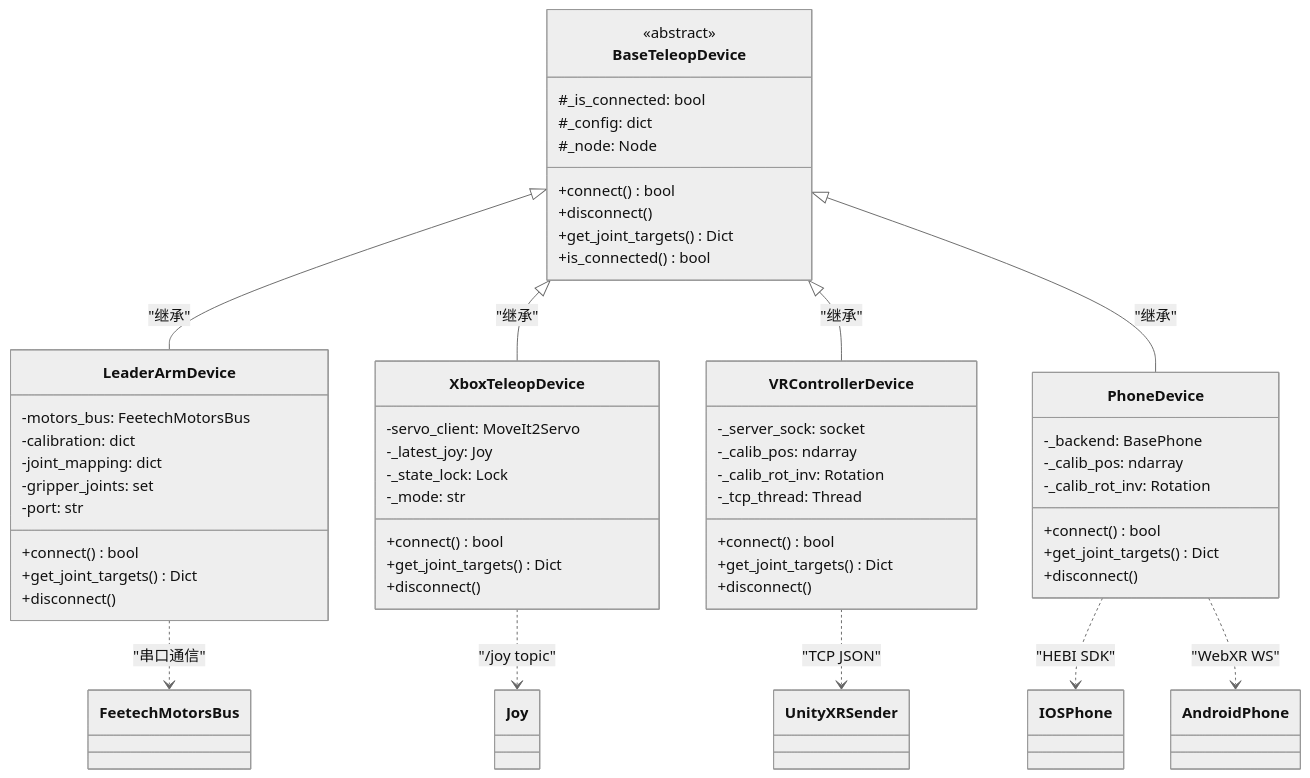
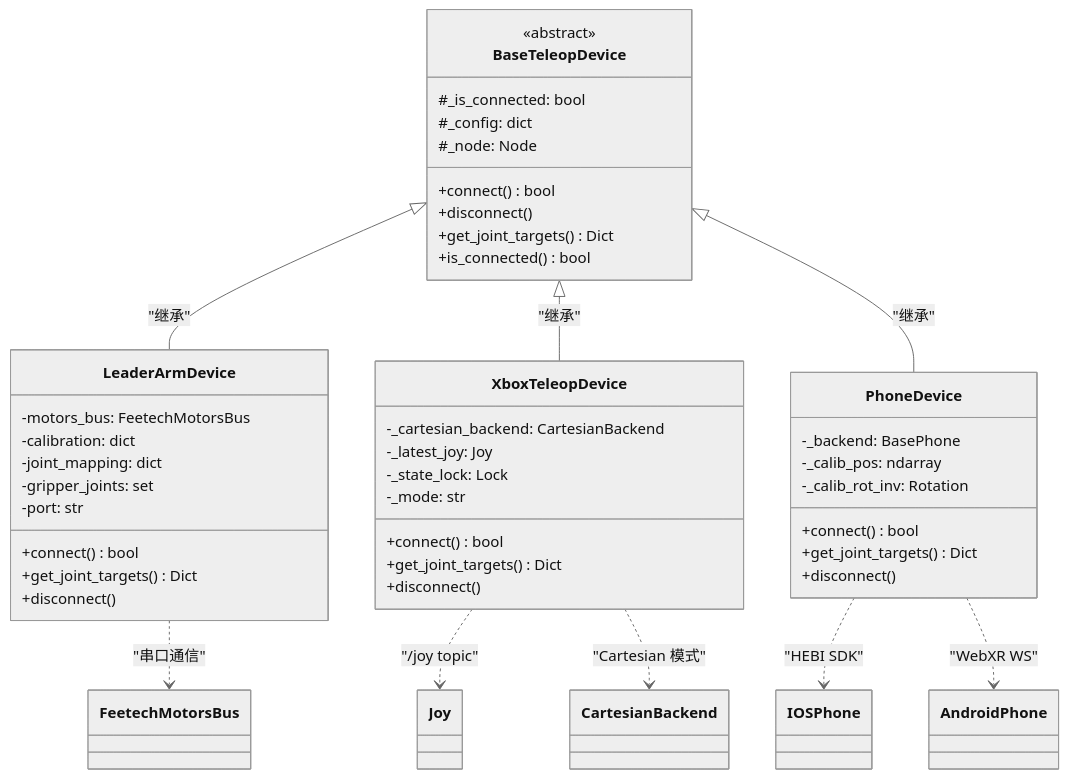
One commit to StoneStar-Aiknow/IB_Robot changed the second of 2 diagrams in src/robot_teleop/README.md. Above: the diagram before and after it, drawn with Mermaid (neutral theme). The commit also changed other lines of this file and 25 other files, not shown here.

First line of the commit message:
robot_moveit,robot_teleop: remove SO-101 safe servo

````diff
--- a/src/robot_teleop/README.md
+++ b/src/robot_teleop/README.md
@@ -87,64 +86,53 @@
 ```mermaid
 classDiagram
     class BaseTeleopDevice {
         <<abstract>>
         #_is_connected: bool
         #_config: dict
         #_node: Node
         +connect() bool
         +disconnect()
         +get_joint_targets() Dict
         +is_connected() bool
     }
 
     class LeaderArmDevice {
         -motors_bus: FeetechMotorsBus
         -calibration: dict
         -joint_mapping: dict
         -gripper_joints: set
         -port: str
         +connect() bool
         +get_joint_targets() Dict
         +disconnect()
     }
 
     class XboxTeleopDevice {
-        -servo_client: MoveIt2Servo
+        -_cartesian_backend: CartesianBackend
         -_latest_joy: Joy
         -_state_lock: Lock
         -_mode: str
-        +connect() bool
-        +get_joint_targets() Dict
-        +disconnect()
-    }
-
-    class VRControllerDevice {
-        -_server_sock: socket
-        -_calib_pos: ndarray
-        -_calib_rot_inv: Rotation
-        -_tcp_thread: Thread
         +connect() bool
         +get_joint_targets() Dict
         +disconnect()
     }
 
     class PhoneDevice {
         -_backend: BasePhone
         -_calib_pos: ndarray
         -_calib_rot_inv: Rotation
         +connect() bool
         +get_joint_targets() Dict
         +disconnect()
     }
 
     BaseTeleopDevice <|-- LeaderArmDevice : "继承"
     BaseTeleopDevice <|-- XboxTeleopDevice : "继承"
-    BaseTeleopDevice <|-- VRControllerDevice : "继承"
     BaseTeleopDevice <|-- PhoneDevice : "继承"
 
     LeaderArmDevice ..> FeetechMotorsBus : "串口通信"
     XboxTeleopDevice ..> Joy : "/joy topic"
-    VRControllerDevice ..> UnityXRSender : "TCP JSON"
+    XboxTeleopDevice ..> CartesianBackend : "Cartesian 模式"
     PhoneDevice ..> IOSPhone : "HEBI SDK"
     PhoneDevice ..> AndroidPhone : "WebXR WS"
 ```
````
